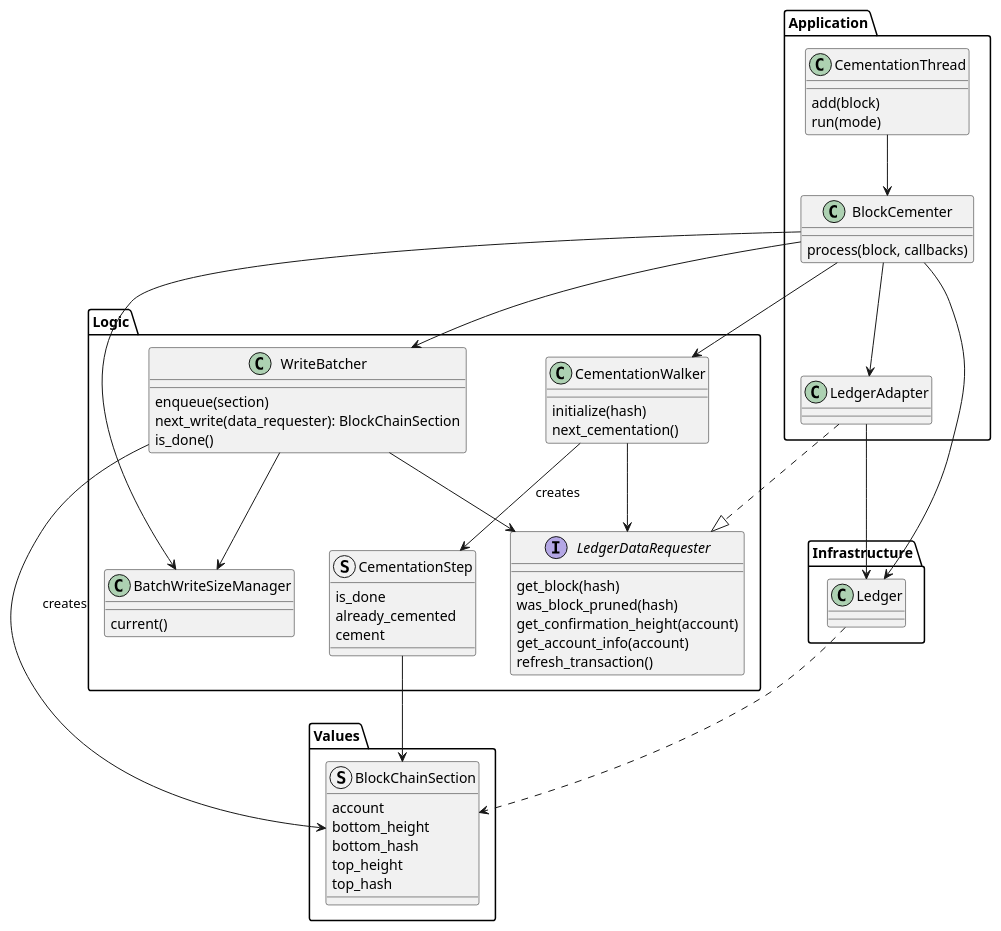
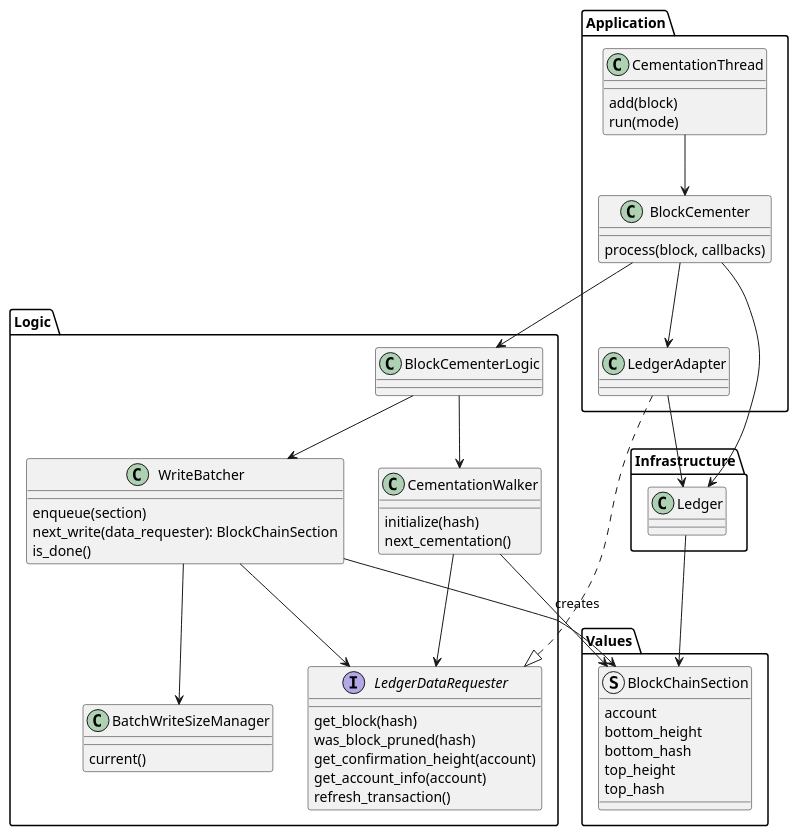
Before and after one commit to stjet/rsban-node: the diagram in rust/doc/cementing.puml, drawn with PlantUML. The commit also changed 5 other files, not shown here.

```diff
--- a/rust/doc/cementing.puml
+++ b/rust/doc/cementing.puml
@@ -1,85 +1,80 @@
 @startuml "Confirmation Height"
 
 package "Infrastructure" {
     class Ledger
 }
 
 package "Logic"{
 
     class WriteBatcher {
         enqueue(section)
         next_write(data_requester): BlockChainSection
         is_done()
     }
 
     class BatchWriteSizeManager {
         current()
     }
 
     interface LedgerDataRequester{
         get_block(hash)
         was_block_pruned(hash)
         get_confirmation_height(account)
         get_account_info(account)
         refresh_transaction()
     }
 
-    struct CementationStep{
-        is_done
-        already_cemented
-        cement
-    }
-
     class CementationWalker{
         initialize(hash)
         next_cementation()
     }
+
+    class BlockCementerLogic{}
 
 }
 
 package "Values"{
     struct BlockChainSection{
         account
         bottom_height
         bottom_hash
         top_height
         top_hash
     }
 }
 
 package "Application"{
     class CementationThread{
         add(block)
         run(mode)
     }
 
     class BlockCementer{
         process(block, callbacks)
     }
 
     class LedgerAdapter
 }
 
-Ledger ..> BlockChainSection
+Ledger --> BlockChainSection
 
 BlockCementer --> Ledger
-BlockCementer --> WriteBatcher
-BlockCementer --> BatchWriteSizeManager
 BlockCementer --> LedgerAdapter
-BlockCementer --> CementationWalker
+BlockCementer --> BlockCementerLogic
 
-CementationWalker --> CementationStep: creates
+BlockCementerLogic --> CementationWalker
+BlockCementerLogic --> WriteBatcher
+
+CementationWalker --> BlockChainSection: creates
 CementationWalker --> LedgerDataRequester
-
-CementationStep --> BlockChainSection
 
 WriteBatcher --> BatchWriteSizeManager
 WriteBatcher --> LedgerDataRequester
-WriteBatcher --> BlockChainSection: creates
+WriteBatcher --> BlockChainSection
 
 CementationThread --> BlockCementer
 
 LedgerAdapter ..|> LedgerDataRequester
 LedgerAdapter --> Ledger
 
 @enduml
```
